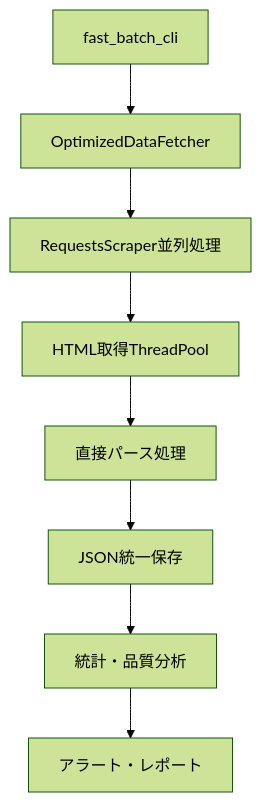
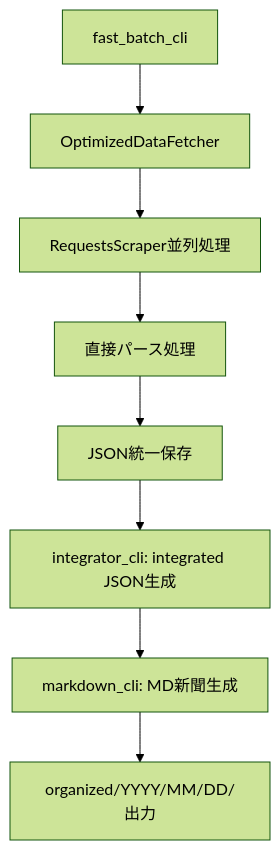
The first of 2 diagrams in KeibaCICD.keibabook/docs/システム概要/アーキテクチャ.md (keiba-debug/keiba-cicd-core), drawn with Mermaid (forest theme) before and after one commit. The commit also changed other lines of this file and 64 other files, not shown here.

````diff
--- a/KeibaCICD.keibabook/docs/システム概要/アーキテクチャ.md
+++ b/KeibaCICD.keibabook/docs/システム概要/アーキテクチャ.md
@@ -111,10 +48,10 @@
 ```mermaid
 graph TD
     A[fast_batch_cli] --> B[OptimizedDataFetcher]
     B --> C[RequestsScraper並列処理]
-    C --> D[HTML取得ThreadPool]
-    D --> E[直接パース処理]
-    E --> F[JSON統一保存]
-    F --> G[統計・品質分析]
-    G --> H[アラート・レポート]
+    C --> D[直接パース処理]
+    D --> E[JSON統一保存]
+    E --> F[integrator_cli: integrated JSON生成]
+    F --> G[markdown_cli: MD新聞生成]
+    G --> H[organized/YYYY/MM/DD/出力]
 ```
````
